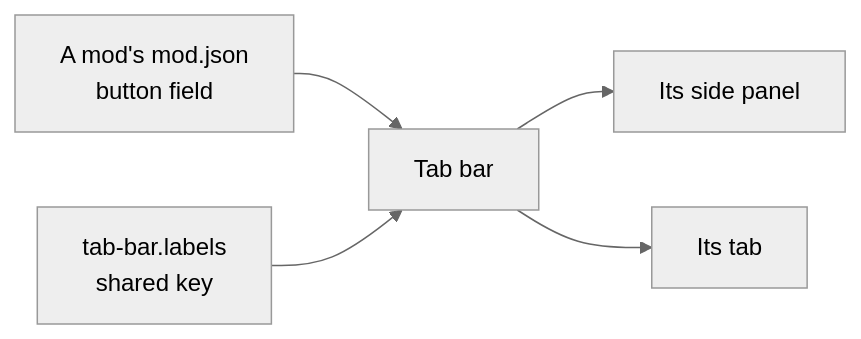
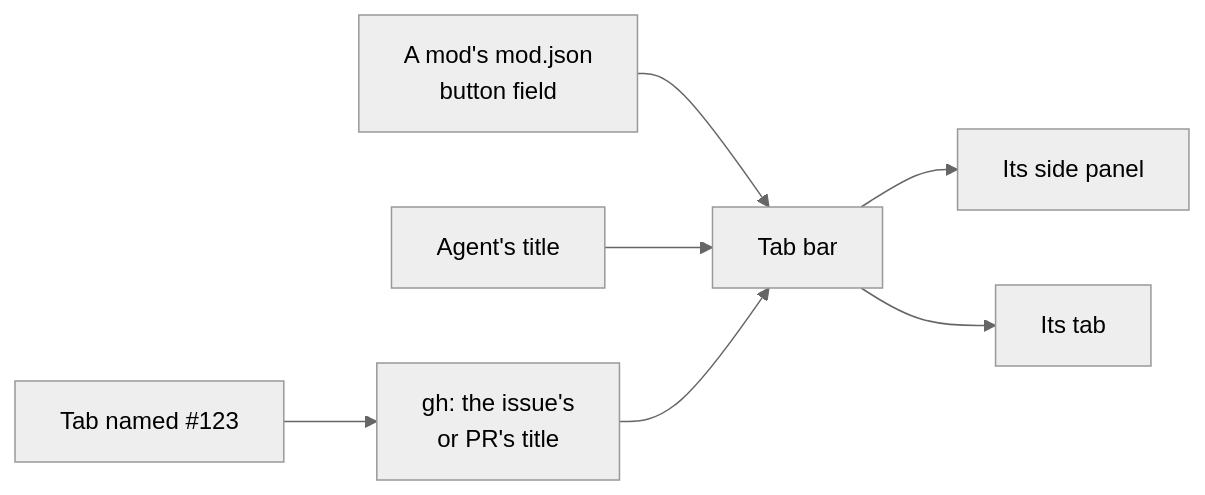
Before and after one commit to jd-solanki/herdr-app-config: the diagram in apps/tab-bar/README.md, drawn with Mermaid (neutral theme). The commit also changed other lines of this file and 22 other files, not shown here.

First line of the commit message:
feat(tab-bar): merge tab-title into the tab bar

````diff
--- a/apps/tab-bar/README.md
+++ b/apps/tab-bar/README.md
@@ -8,7 +9,8 @@
 ```mermaid
 flowchart LR
     M["A mod's mod.json<br>button field"] --> B["Tab bar"]
-    L["tab-bar.labels<br>shared key"] --> B
+    A["Agent's title"] --> B
+    N["Tab named #123"] --> G["gh: the issue's<br>or PR's title"] --> B
     B --> P["Its side panel"]
     B --> T["Its tab"]
 ```
````
